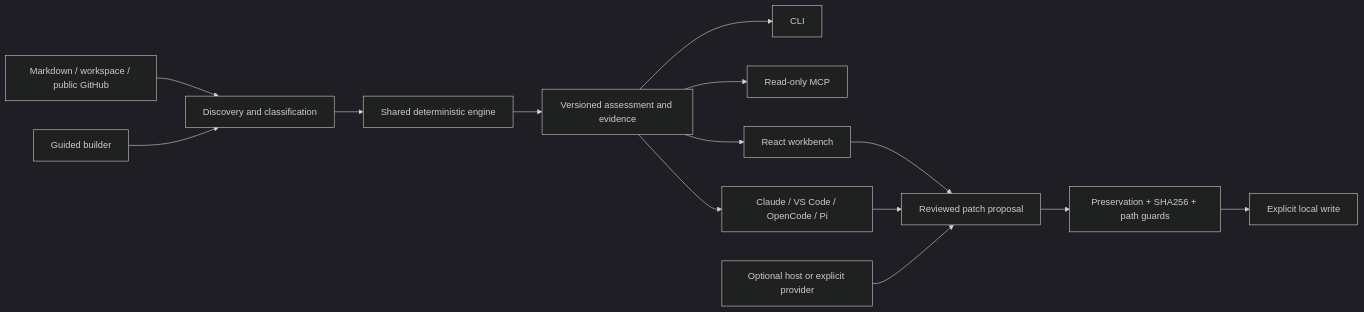
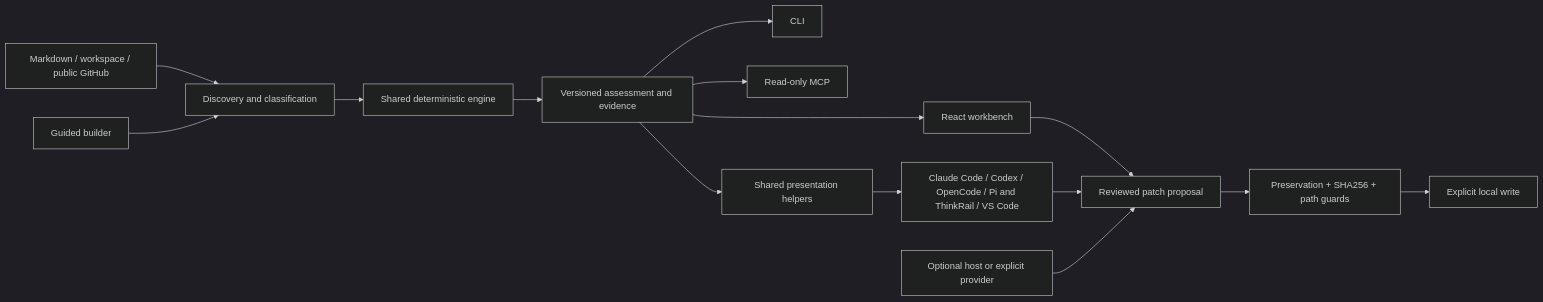
Before and after one commit to jayanez/spec-torque: the diagram in docs/architecture.md, drawn with Mermaid (dark theme). The commit also changed other lines of this file and 19 other files, not shown here.

````diff
--- a/docs/architecture.md
+++ b/docs/architecture.md
@@ -3,16 +3,17 @@
 ```mermaid
 flowchart LR
   Inputs[Markdown / workspace / public GitHub] --> Discovery[Discovery and classification]
   Discovery --> Core[Shared deterministic engine]
   Builder[Guided builder] --> Discovery
   Core --> Report[Versioned assessment and evidence]
   Report --> CLI
   Report --> MCP[Read-only MCP]
   Report --> Web[React workbench]
-  Report --> Hosts[Claude / VS Code / OpenCode / Pi]
+  Report --> Present[Shared presentation helpers]
+  Present --> Hosts[Claude Code / Codex / OpenCode / Pi and ThinkRail / VS Code]
   Web --> Proposal[Reviewed patch proposal]
   Hosts --> Proposal
   Model[Optional host or explicit provider] --> Proposal
   Proposal --> Guard[Preservation + SHA256 + path guards]
   Guard --> Files[Explicit local write]
 ```
````
